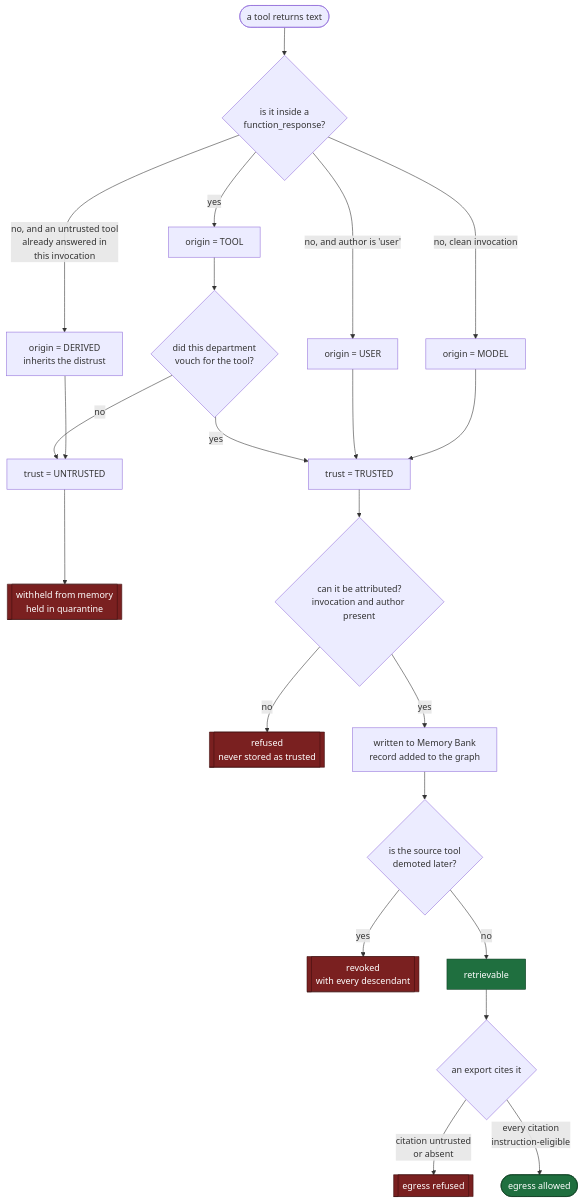
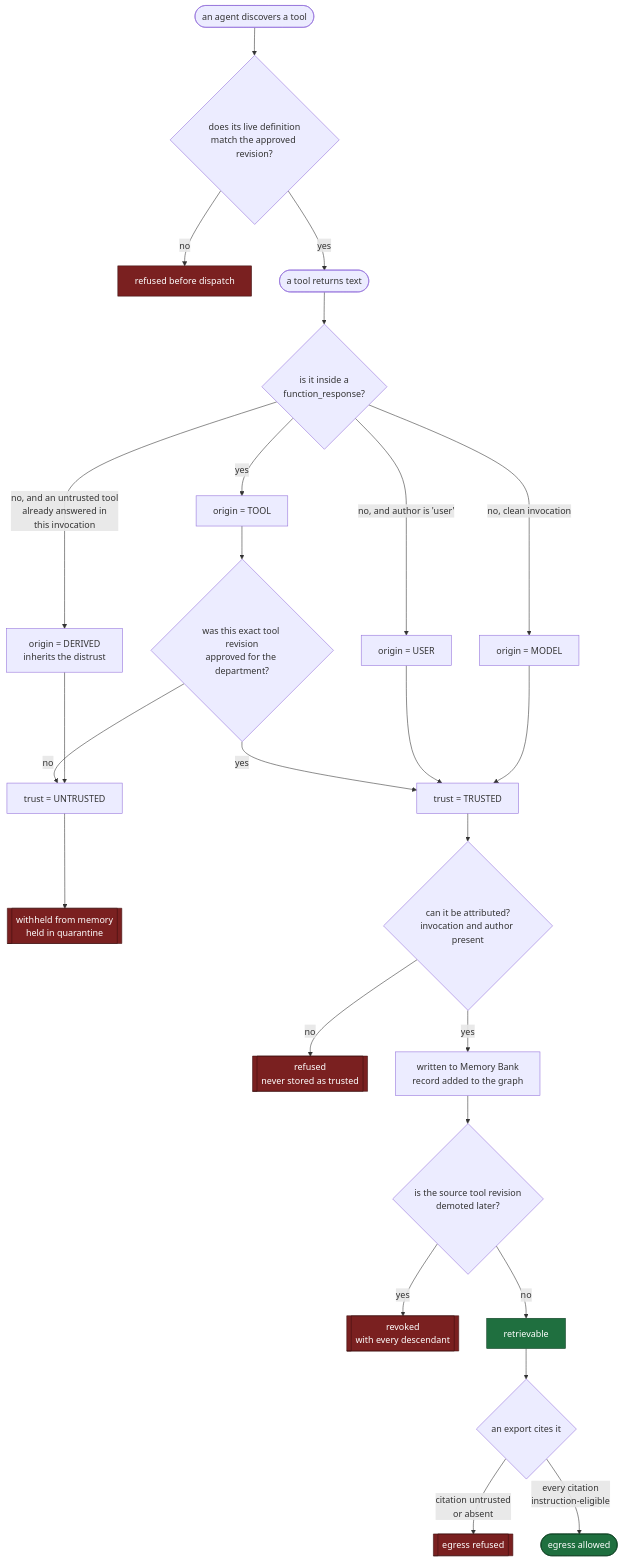
Before and after one commit to Yatsuiii/custody: the third of 3 diagrams in docs/architecture.md, drawn with Mermaid. The commit also changed other lines of this file and 43 other files, not shown here.

First line of the commit message:
Prove live Agent Gateway enforcement (S1) and land accumulated G1/R1 evidence work

````diff
--- a/docs/architecture.md
+++ b/docs/architecture.md
@@ -60,35 +101,38 @@
 ```mermaid
 flowchart TD
-    START(["a tool returns text"]) --> STRUCT{"is it inside a<br/>function_response?"}
+    START(["an agent discovers a tool"]) --> PIN{"does its live definition<br/>match the approved revision?"}
+    PIN -->|no| BLOCK["refused before dispatch"]
+    PIN -->|yes| TOOL_CALL(["a tool returns text"])
+    TOOL_CALL --> STRUCT{"is it inside a<br/>function_response?"}
 
     STRUCT -->|yes| TOOL["origin = TOOL"]
     STRUCT -->|"no, and author is 'user'"| USER["origin = USER"]
     STRUCT -->|"no, and an untrusted tool<br/>already answered in<br/>this invocation"| DERIV["origin = DERIVED<br/>inherits the distrust"]
     STRUCT -->|"no, clean invocation"| MODEL["origin = MODEL"]
 
-    TOOL --> VOUCH{"did this department<br/>vouch for the tool?"}
+    TOOL --> VOUCH{"was this exact tool revision<br/>approved for the department?"}
     VOUCH -->|no| UNTRUSTED
     VOUCH -->|yes| TRUSTED
 
     DERIV --> UNTRUSTED["trust = UNTRUSTED"]
     USER --> TRUSTED["trust = TRUSTED"]
     MODEL --> TRUSTED
 
     UNTRUSTED --> HELD[["withheld from memory<br/>held in quarantine"]]
     TRUSTED --> ATTR{"can it be attributed?<br/>invocation and author present"}
     ATTR -->|no| REFUSED[["refused<br/>never stored as trusted"]]
     ATTR -->|yes| WRITE["written to Memory Bank<br/>record added to the graph"]
 
-    WRITE --> LATER{"is the source tool<br/>demoted later?"}
+    WRITE --> LATER{"is the source tool revision<br/>demoted later?"}
     LATER -->|yes| REVOKE[["revoked<br/>with every descendant"]]
     LATER -->|no| RETRIEVE["retrievable"]
 
     RETRIEVE --> EXPORT{"an export cites it"}
     EXPORT -->|"citation untrusted<br/>or absent"| DENY[["egress refused"]]
     EXPORT -->|"every citation<br/>instruction-eligible"| SEND(["egress allowed"])
 
     classDef stop fill:#7a2020,stroke:#3d0f0f,color:#fff
     classDef ok fill:#1f6f3f,stroke:#0d3d22,color:#fff
-    class HELD,REFUSED,REVOKE,DENY stop
+    class BLOCK,HELD,REFUSED,REVOKE,DENY stop
     class SEND,RETRIEVE ok
 ```
````
